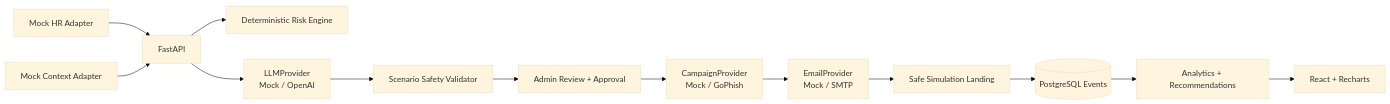
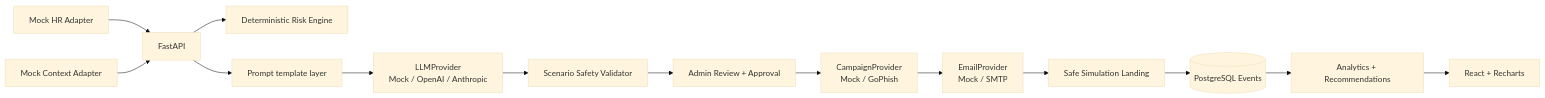
The diagram in docs/architecture.md (Murad-Aghazada/MorphPhish), drawn with Mermaid (base theme) before and after one commit. The commit also changed other lines of this file and 11 other files, not shown here.

First line of the commit message:
Rebuild Week 2 internals: prompt layer, Claude provider, risk schema

````diff
--- a/docs/architecture.md
+++ b/docs/architecture.md
@@ -3,15 +3,16 @@
 ```mermaid
 flowchart LR
 HR[Mock HR Adapter] --> API[FastAPI]
 CTX[Mock Context Adapter] --> API
 API --> RISK[Deterministic Risk Engine]
-API --> LLM[LLMProvider\nMock / OpenAI]
+API --> PROMPT[Prompt template layer]
+PROMPT --> LLM[LLMProvider\nMock / OpenAI / Anthropic]
 LLM --> SAFE[Scenario Safety Validator]
 SAFE --> REVIEW[Admin Review + Approval]
 REVIEW --> CAMP[CampaignProvider\nMock / GoPhish]
 CAMP --> EMAIL[EmailProvider\nMock / SMTP]
 EMAIL --> LAND[Safe Simulation Landing]
 LAND --> EVENTS[(PostgreSQL Events)]
 EVENTS --> ANALYTICS[Analytics + Recommendations]
 ANALYTICS --> UI[React + Recharts]
 ```
````
